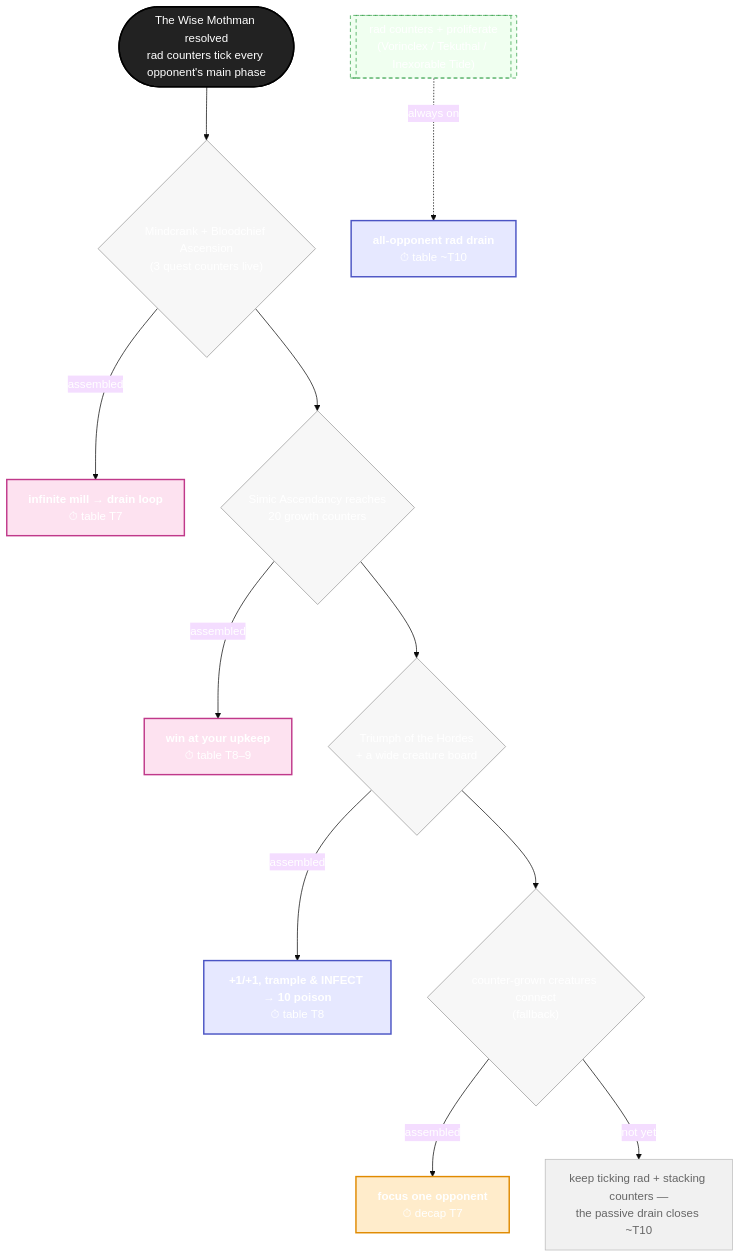
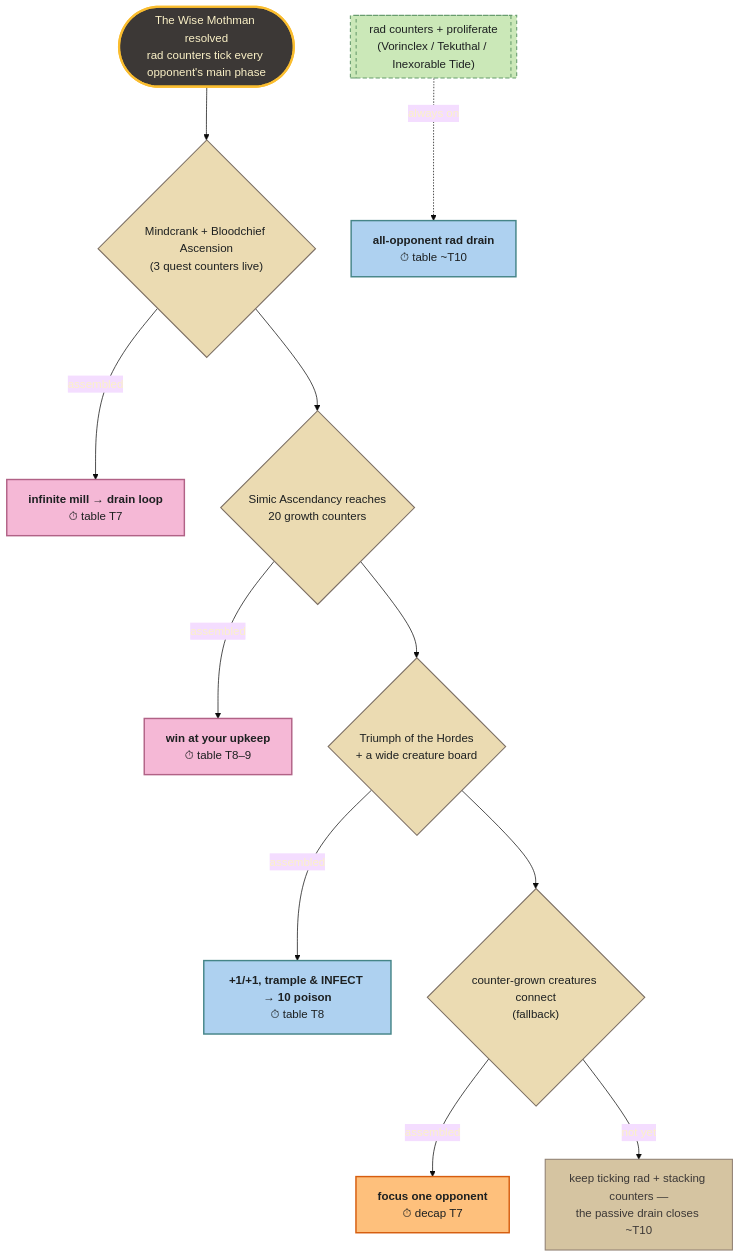
The first of 4 diagrams in analysis/kill_trees/README.md (alexander-wahlrasmussen/mtg-commander-kb), drawn with Mermaid (base theme) before and after one commit. The commit also changed other lines of this file and 7 other files, not shown here.

````diff
--- a/analysis/kill_trees/README.md
+++ b/analysis/kill_trees/README.md
@@ -26,24 +30,24 @@
 ```mermaid
 flowchart TD
-    classDef root fill:#222,color:#fff,stroke:#000,stroke-width:2px;
-    classDef ask fill:#f7f7f7,stroke:#999;
-    classDef combo fill:#fde2f0,stroke:#c0398a,stroke-width:2px;
-    classDef table fill:#e6e8ff,stroke:#4b54c4,stroke-width:2px;
-    classDef combat fill:#ffeccb,stroke:#e08a00,stroke-width:2px;
-    classDef enabler fill:#e3f6e3,stroke:#2f9e44,stroke-width:2px;
-    classDef bg fill:#f0fff0,stroke:#2f9e44,stroke-dasharray:5 4;
-    classDef stall fill:#f1f1f1,stroke:#bbb,color:#666;
+    classDef root fill:#3c3836,color:#fbf1c7,stroke:#fabd2f,stroke-width:3px;
+    classDef ask fill:#ebdbb2,color:#1d2021,stroke:#7c6f64,stroke-width:1.5px;
+    classDef combo fill:#f5b8d6,color:#1d2021,stroke:#b16286,stroke-width:2px;
+    classDef table fill:#aed1f0,color:#1d2021,stroke:#458588,stroke-width:2px;
+    classDef combat fill:#fec07c,color:#1d2021,stroke:#d65d0e,stroke-width:2px;
+    classDef enabler fill:#b8e6a0,color:#1d2021,stroke:#689d6e,stroke-width:2px;
+    classDef bg fill:#cbe8b8,color:#1d2021,stroke:#689d6e,stroke-width:1.5px,stroke-dasharray:5 4;
+    classDef stall fill:#d5c4a1,color:#3c3836,stroke:#928374,stroke-width:1.5px;
 
     S(["The Wise Mothman resolved<br/>rad counters tick every opponent's main phase"]):::root
     S --> A1{"Mindcrank + Bloodchief Ascension<br/>(3 quest counters live)"}:::ask
     A1 -- assembled --> K1["<b>infinite mill → drain loop</b><br/>⏱ table T7"]:::combo
     A1 --> A2{"Simic Ascendancy reaches<br/>20 growth counters"}:::ask
     A2 -- assembled --> K2["<b>win at your upkeep</b><br/>⏱ table T8–9"]:::combo
     A2 --> A3{"Triumph of the Hordes<br/>+ a wide creature board"}:::ask
     A3 -- assembled --> K3["<b>+1/+1, trample & INFECT → 10 poison</b><br/>⏱ table T8"]:::table
     A3 --> A4{"counter-grown creatures connect<br/>(fallback)"}:::ask
     A4 -- assembled --> K4["<b>focus one opponent</b><br/>⏱ decap T7"]:::combat
     A4 -- not yet --> STALL["keep ticking rad + stacking counters —<br/>the passive drain closes ~T10"]:::stall
     BG[["rad counters + proliferate<br/>(Vorinclex / Tekuthal / Inexorable Tide)"]]:::bg
     BG -. always on .-> KBG["<b>all-opponent rad drain</b><br/>⏱ table ~T10"]:::table
 ```
````
